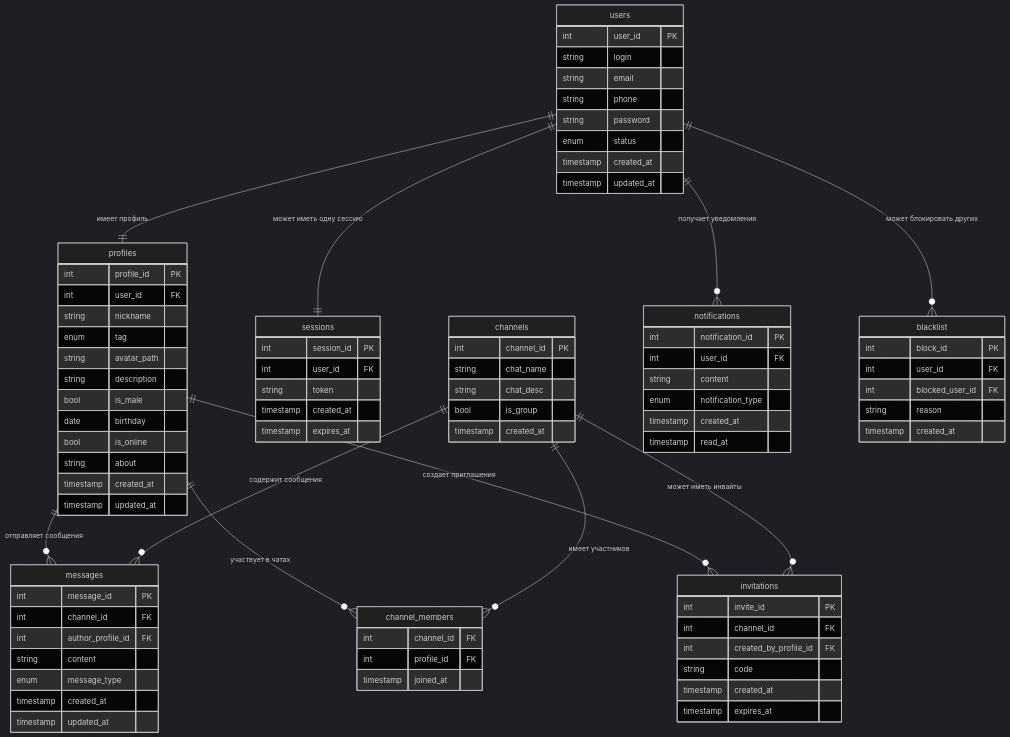
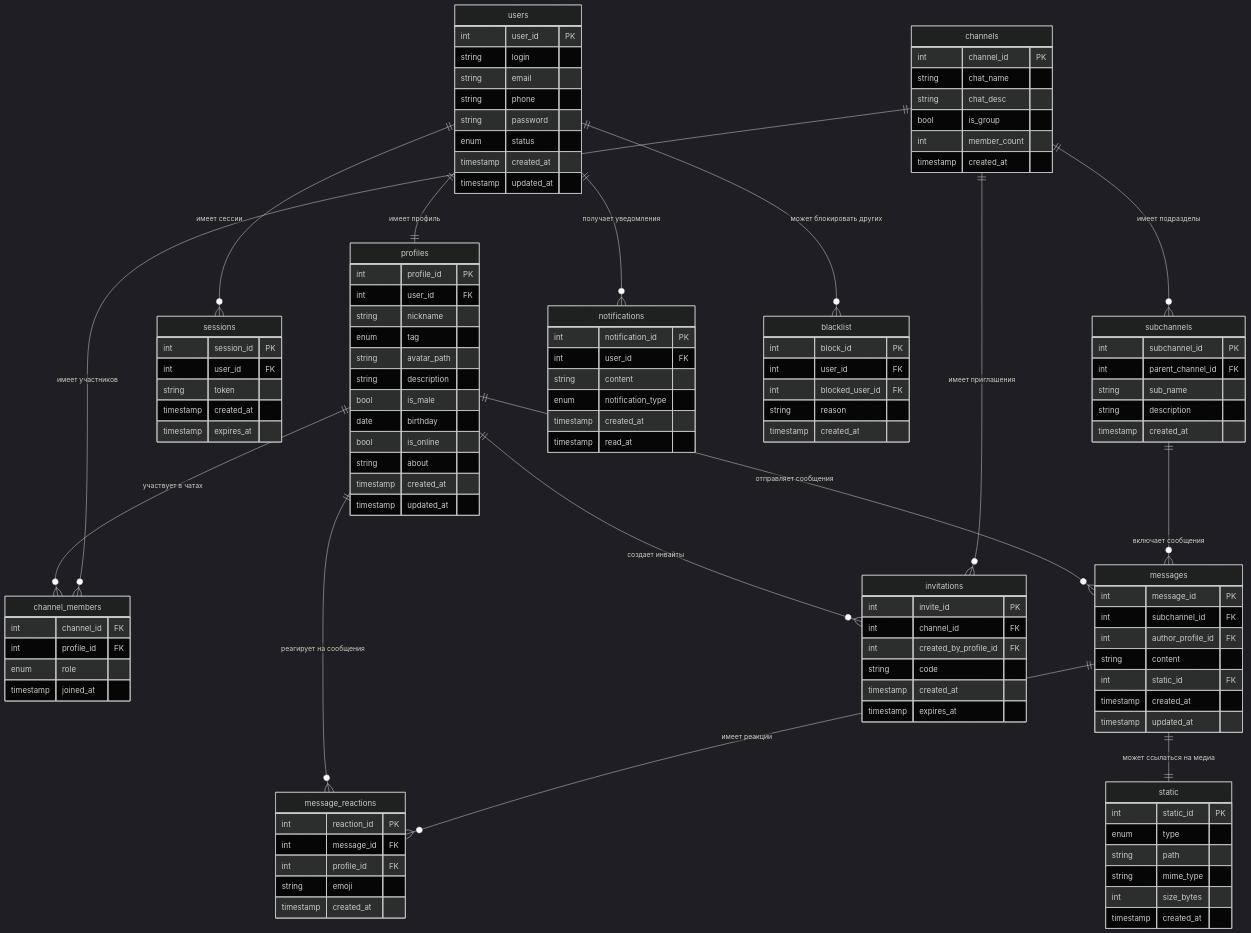
Before and after one commit to Neratus/highload_vk_technopark_Discord: the diagram in README.md, drawn with Mermaid (dark theme). The commit also changed other lines of this file, not shown here.

```diff
--- a/README.md
+++ b/README.md
@@ -416,23 +416,41 @@
     string chat_name
     string chat_desc
     bool is_group
+    int member_count
     timestamp created_at
 }
 
 channel_members {
     int channel_id FK
     int profile_id FK
+    enum role
     timestamp joined_at
+}
+
+subchannels {
+    int subchannel_id PK
+    int parent_channel_id FK
+    string sub_name
+    string description
+    timestamp created_at
 }
 
 messages {
     int message_id PK
-    int channel_id FK
+    int subchannel_id FK
     int author_profile_id FK
     string content
-    enum message_type
+    int static_id FK
     timestamp created_at
     timestamp updated_at
+}
+
+message_reactions {
+    int reaction_id PK
+    int message_id FK
+    int profile_id FK
+    string emoji
+    timestamp created_at
 }
 
 invitations {
@@ -461,20 +479,36 @@
     timestamp created_at
 }
 
+static {
+    int static_id PK
+    enum type
+    string path
+    string mime_type
+    int size_bytes
+    timestamp created_at
+}
+
 %% Связи
 
 users ||--|| profiles : "имеет профиль"
-users ||--|| sessions : "может иметь одну сессию"
+users ||--o{ sessions : "имеет сессии"
 users ||--o{ notifications : "получает уведомления"
 users ||--o{ blacklist : "может блокировать других"
 
+profiles ||--o{ channel_members : "участвует в чатах"
 profiles ||--o{ messages : "отправляет сообщения"
-profiles ||--o{ channel_members : "участвует в чатах"
-profiles ||--o{ invitations : "создает приглашения"
+profiles ||--o{ invitations : "создает инвайты"
+profiles ||--o{ message_reactions : "реагирует на сообщения"
 
-channels ||--o{ messages : "содержит сообщения"
+channels ||--o{ subchannels : "имеет подразделы"
 channels ||--o{ channel_members : "имеет участников"
-channels ||--o{ invitations : "может иметь инвайты"
+channels ||--o{ invitations : "имеет приглашения"
+
+subchannels ||--o{ messages : "включает сообщения"
+
+messages ||--o{ message_reactions : "имеет реакции"
+messages ||--|| static : "может ссылаться на медиа"
+
 
 
 
```
